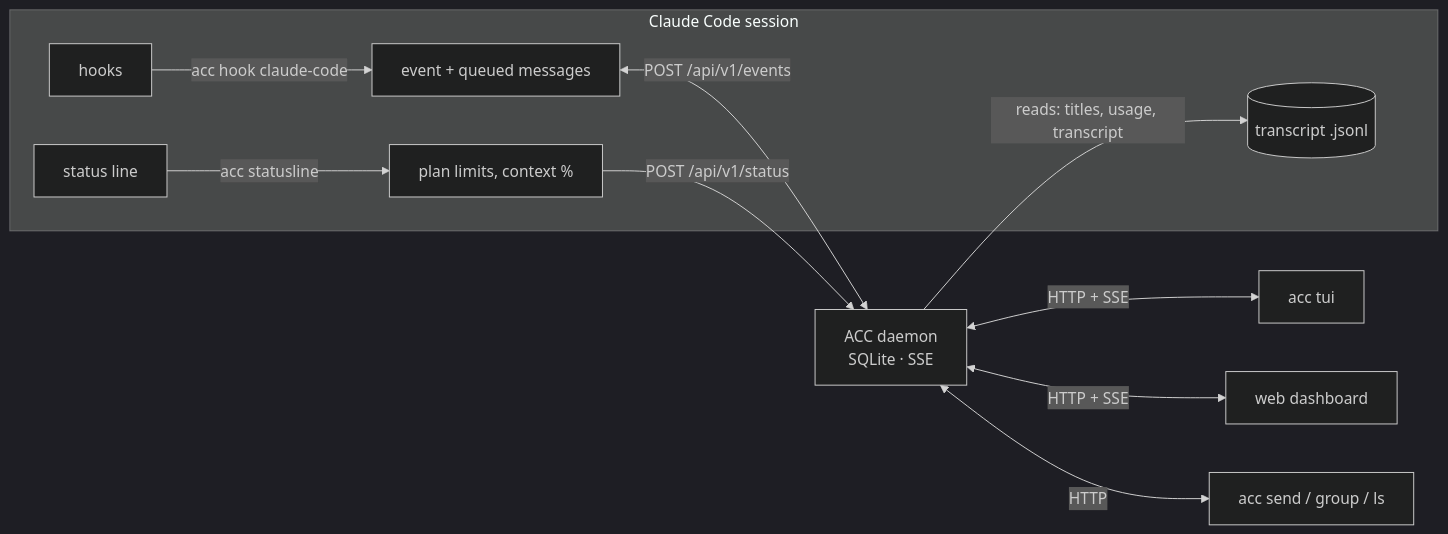
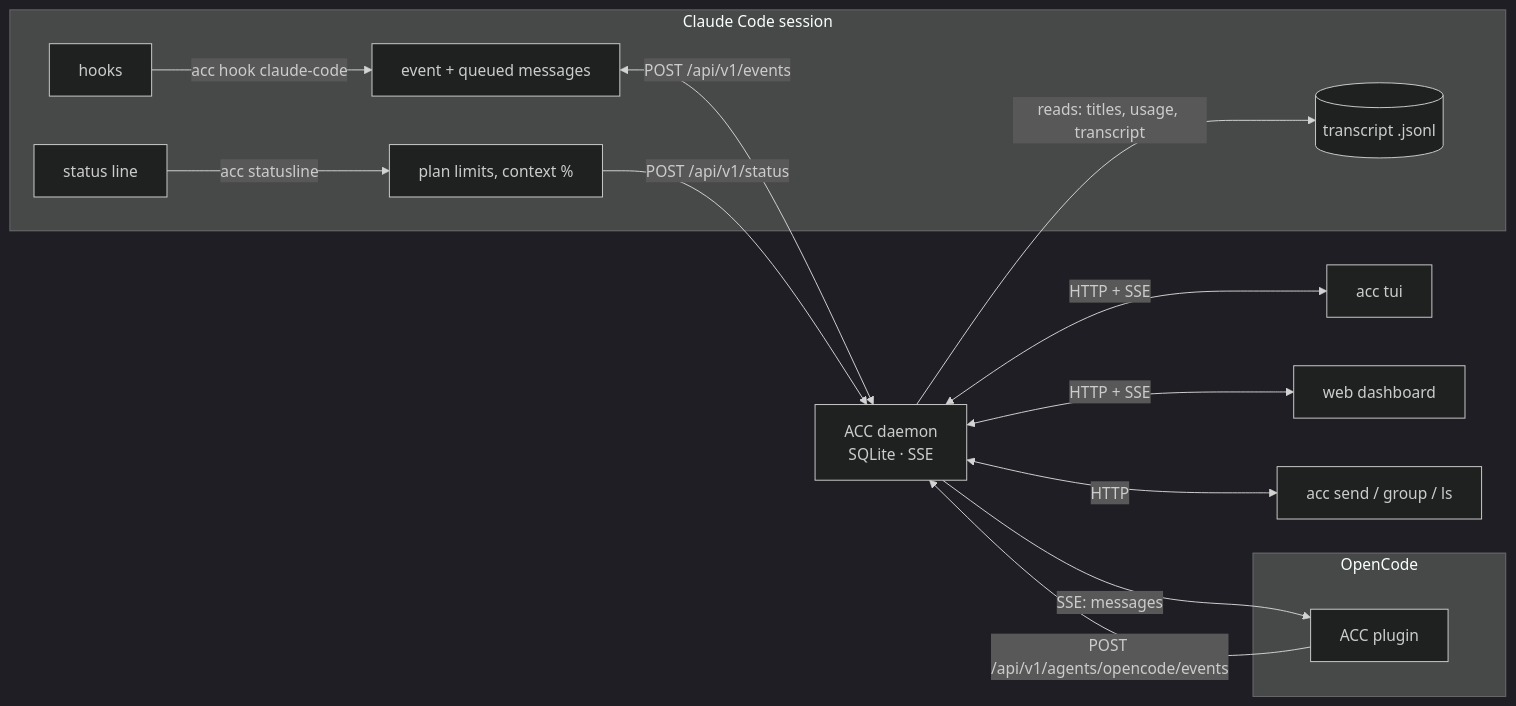
The diagram in site/docs/how-it-works.md (emdzej/acc), drawn with Mermaid (dark theme) before and after one commit. The commit also changed other lines of this file and 49 other files, not shown here.

First line of the commit message:
OpenCode support, goals, one tree, tmux hosting, plan pace forecast

````diff
--- a/site/docs/how-it-works.md
+++ b/site/docs/how-it-works.md
@@ -8,14 +9,19 @@
 ```mermaid
 flowchart LR
   subgraph agent["Claude Code session"]
     H["hooks"] -->|"acc hook claude-code"| HK
     SL["status line"] -->|"acc statusline"| ST
     T[("transcript .jsonl")]
   end
   HK["event + queued messages"] <-->|"POST /api/v1/events"| D
   ST["plan limits, context %"] -->|"POST /api/v1/status"| D
   D["ACC daemon<br/>SQLite · SSE"] -->|"reads: titles, usage, transcript"| T
   D <-->|"HTTP + SSE"| TUI["acc tui"]
   D <-->|"HTTP + SSE"| WEB["web dashboard"]
   D <-->|"HTTP"| CLI["acc send / group / ls"]
+  subgraph oc["OpenCode"]
+    P["ACC plugin"]
+  end
+  P -->|"POST /api/v1/agents/opencode/events"| D
+  D -->|"SSE: messages"| P
 ```
````
